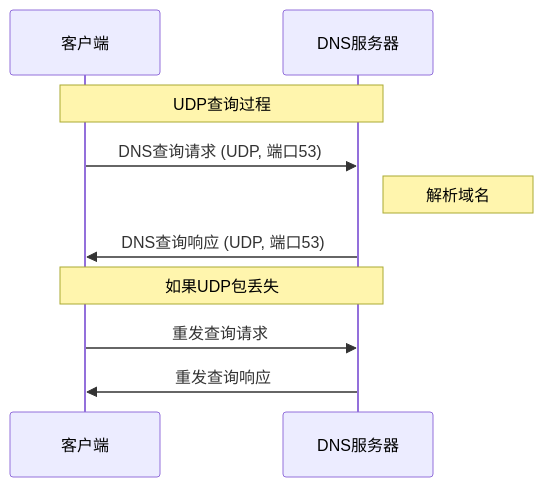
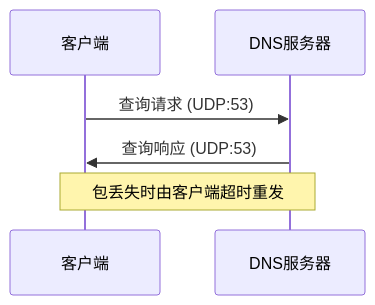
The fourth of 9 diagrams in 计算机网络/3.2传输层：UDP协议与应用.md (Dtheme/CS-base), drawn with Mermaid before and after one commit. The commit also changed other lines of this file and 51 other files, not shown here.

````diff
--- a/计算机网络/3.2传输层：UDP协议与应用.md
+++ b/计算机网络/3.2传输层：UDP协议与应用.md
@@ -469,14 +350,8 @@
 ```mermaid
 sequenceDiagram
     participant C as 客户端
     participant D as DNS服务器
-    
-    Note over C,D: UDP查询过程
-    C->>D: DNS查询请求 (UDP, 端口53)
-    Note right of D: 解析域名
-    D->>C: DNS查询响应 (UDP, 端口53)
-    
-    Note over C,D: 如果UDP包丢失
-    C->>D: 重发查询请求
-    D->>C: 重发查询响应
+    C->>D: 查询请求 (UDP:53)
+    D->>C: 查询响应 (UDP:53)
+    Note over C,D: 包丢失时由客户端超时重发
 ```
````
